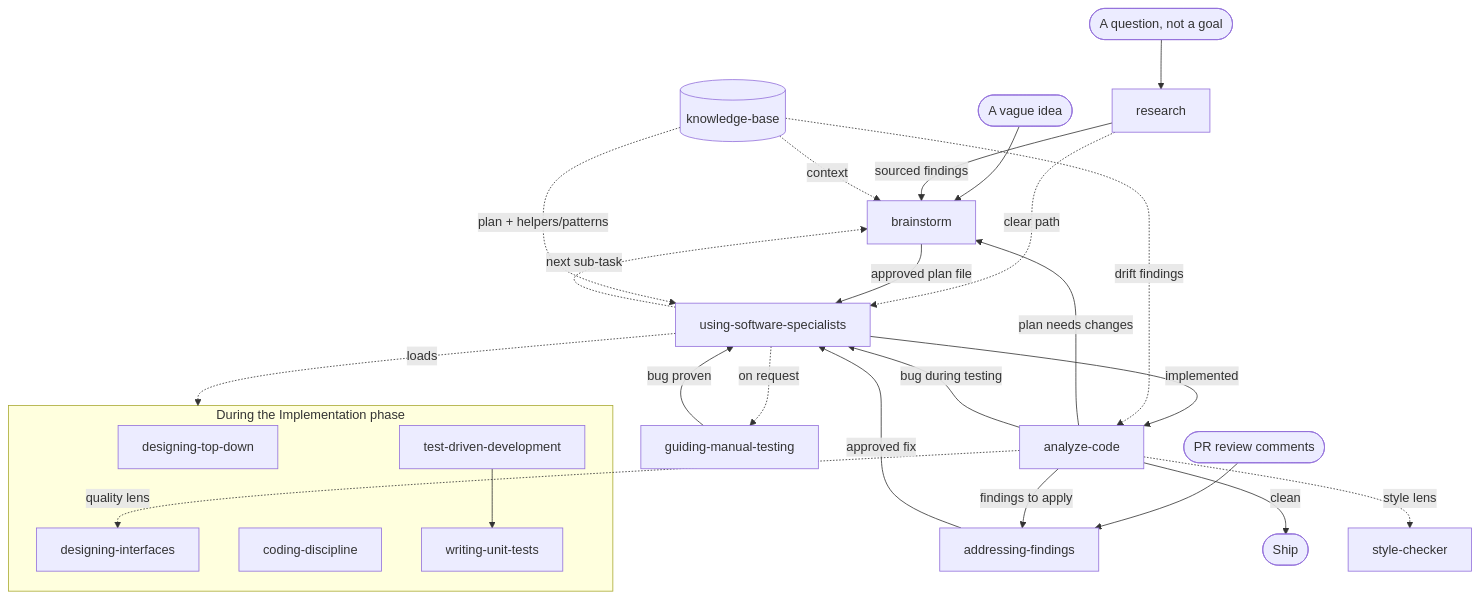
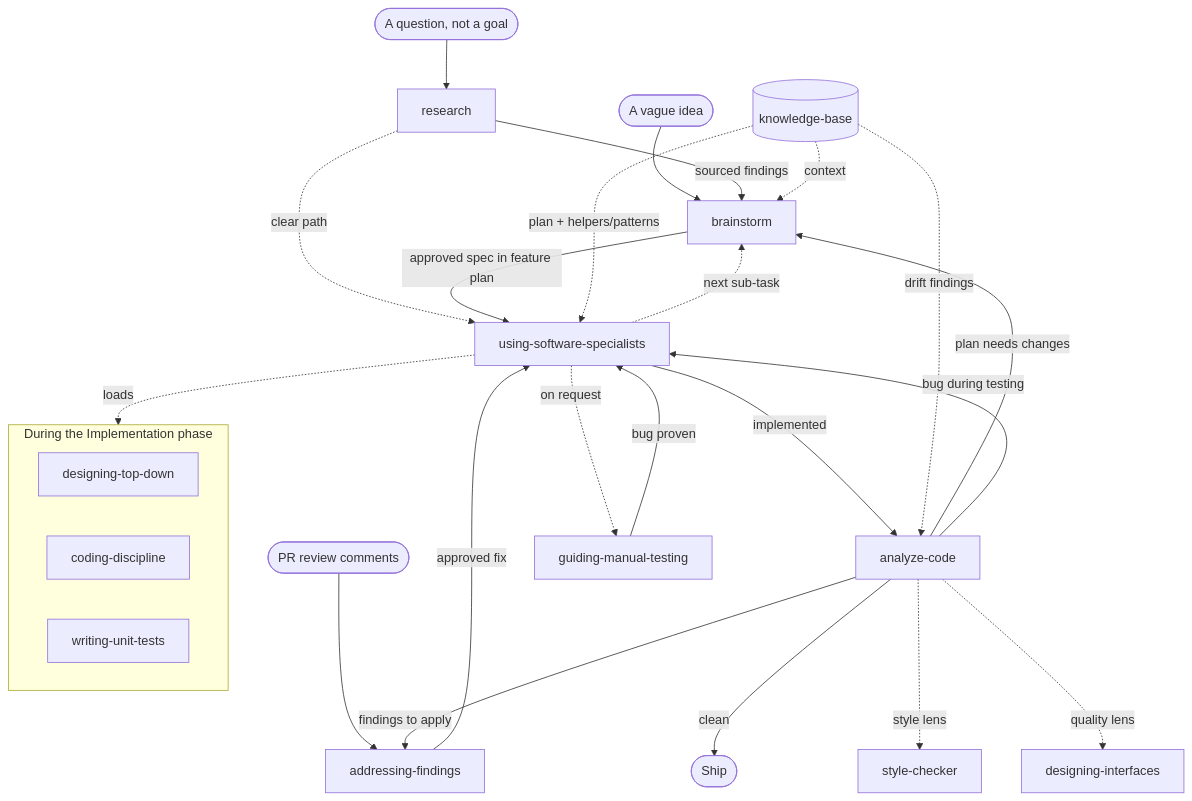
The diagram in README.md (jjmrocha/coding-skills), drawn with Mermaid before and after one commit. The commit also changed other lines of this file and 12 other files, not shown here.

````diff
--- a/README.md
+++ b/README.md
@@ -139,37 +135,36 @@
 ```mermaid
 flowchart TD
     Q([A question, not a goal]) --> RS[research]
     Idea([A vague idea]) --> BS[brainstorm]
     PR([PR review comments]) --> AF[addressing-findings]
 
     RS -->|sourced findings| BS
     RS -.->|clear path| USS
 
-    BS -->|approved plan file| USS[using-software-specialists]
+    BS -->|approved spec in feature plan| USS[using-software-specialists]
     USS -.->|next sub-task| BS
     USS -->|implemented| AC[analyze-code]
 
     AC -->|findings to apply| AF
     AF -->|approved fix| USS
     AC -->|plan needs changes| BS
     AC -->|bug during testing| USS
     AC -->|clean| Ship([Ship])
 
     USS -.->|on request| GT[guiding-manual-testing]
     GT -->|bug proven| USS
 
     subgraph during [During the Implementation phase]
         DTD[designing-top-down]
-        DI[designing-interfaces]
         CD[coding-discipline]
-        TDD[test-driven-development] --> WUT[writing-unit-tests]
+        WUT[writing-unit-tests]
     end
     USS -.loads.-> during
 
     KB[(knowledge-base)] -.->|context| BS
     KB -.->|plan + helpers/patterns| USS
     KB -.->|drift findings| AC
 
     AC -.->|style lens| SC[style-checker]
-    AC -.->|quality lens| DI
+    AC -.->|quality lens| DI[designing-interfaces]
 ```
````
